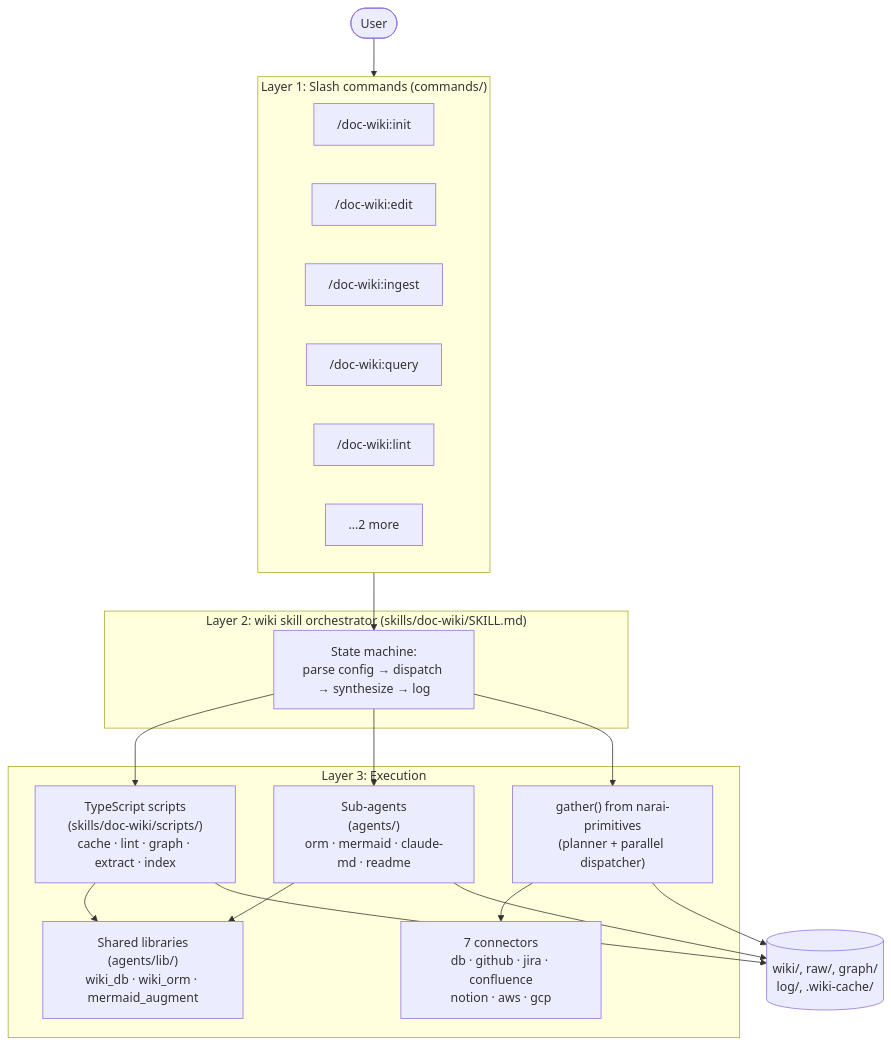
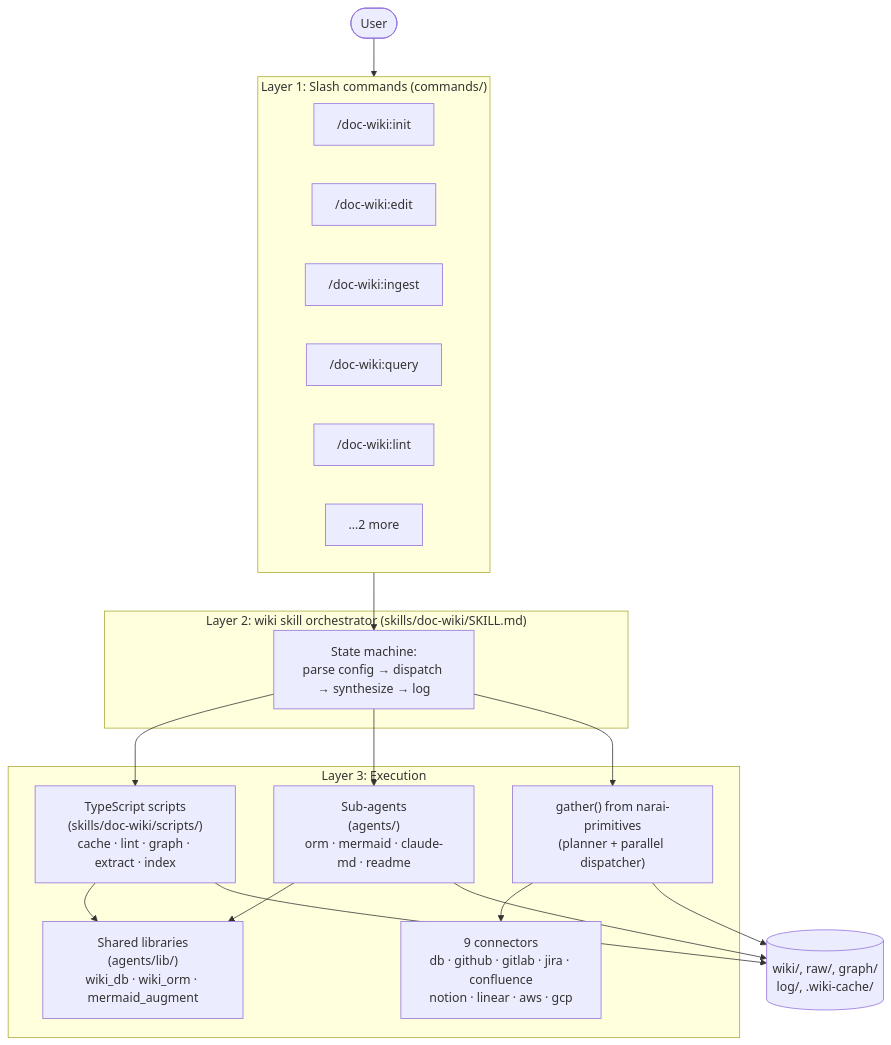
The first of 4 diagrams in docs/internals/architecture.md (narailabs/doc-wiki), drawn with Mermaid before and after one commit. The commit also changed other lines of this file and 17 other files, not shown here.

````diff
--- a/docs/internals/architecture.md
+++ b/docs/internals/architecture.md
@@ -38,35 +38,35 @@
 ```mermaid
 flowchart TB
     User([User])
     subgraph L1["Layer 1: Slash commands (commands/)"]
         WInit["/doc-wiki:init"]
         WEdit["/doc-wiki:edit"]
         WIngest["/doc-wiki:ingest"]
         WQuery["/doc-wiki:query"]
         WLint["/doc-wiki:lint"]
         WMore["…2 more"]
     end
     subgraph L2["Layer 2: wiki skill orchestrator (skills/doc-wiki/SKILL.md)"]
         Orch["State machine:<br/>parse config → dispatch → synthesize → log"]
     end
     subgraph L3["Layer 3: Execution"]
         Scripts["TypeScript scripts<br/>(skills/doc-wiki/scripts/)<br/>cache · lint · graph · extract · index"]
         Agents["Sub-agents<br/>(agents/)<br/>orm · mermaid · claude-md · readme"]
         Libs["Shared libraries<br/>(agents/lib/)<br/>wiki_db · wiki_orm · mermaid_augment"]
         Gather["gather() from narai-primitives<br/>(planner + parallel dispatcher)"]
-        Connectors["7 connectors<br/>db · github · jira · confluence<br/>notion · aws · gcp"]
+        Connectors["9 connectors<br/>db · github · gitlab · jira · confluence<br/>notion · linear · aws · gcp"]
         Gather --> Connectors
     end
     Storage[("wiki/, raw/, graph/<br/>log/, .wiki-cache/")]
 
     User --> L1
     L1 --> Orch
     Orch --> Scripts
     Orch --> Agents
     Orch --> Gather
     Scripts --> Libs
     Agents --> Libs
     Scripts --> Storage
     Gather --> Storage
     Agents --> Storage
 ```
````
